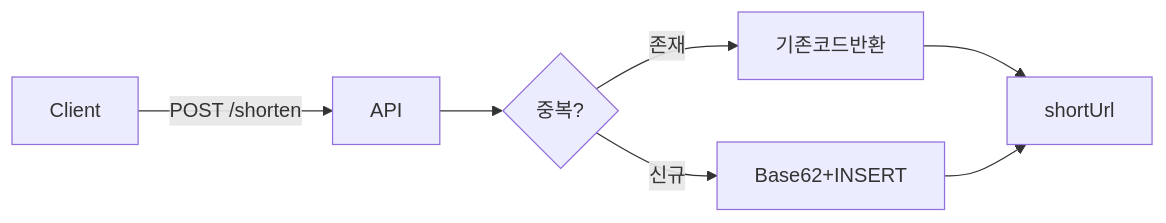
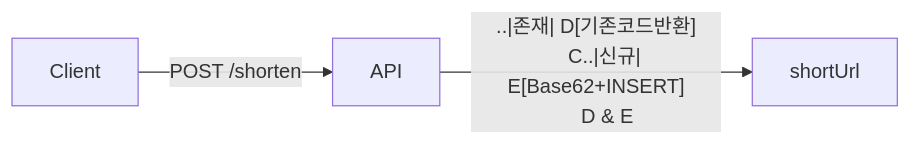
One commit to yjkim2015/yjkim2015.github.io changed the third of 8 diagrams in _posts/systemdesign/2026-05-02-system-design-url-shortener.md. Above: the diagram before and after it, drawn with Mermaid. The commit also changed other lines of this file and 149 other files, not shown here.

First line of the commit message:
Mermaid 가독성 개선: 라벨 축약, 노드 축소, TD→LR 변환

````diff
--- a/_posts/systemdesign/2026-05-02-system-design-url-shortener.md
+++ b/_posts/systemdesign/2026-05-02-system-design-url-shortener.md
@@ -178,8 +178,7 @@
 ```mermaid
 graph LR
     A[Client] -->|POST /shorten| B[API]
-    B --> C{중복?}
-    C -->|존재| D[기존코드반환]
-    C -->|신규| E[Base62+INSERT]
+    B --..|존재| D[기존코드반환]
+    C..|신규| E[Base62+INSERT]
     D & E --> F[shortUrl]
 ```
````
